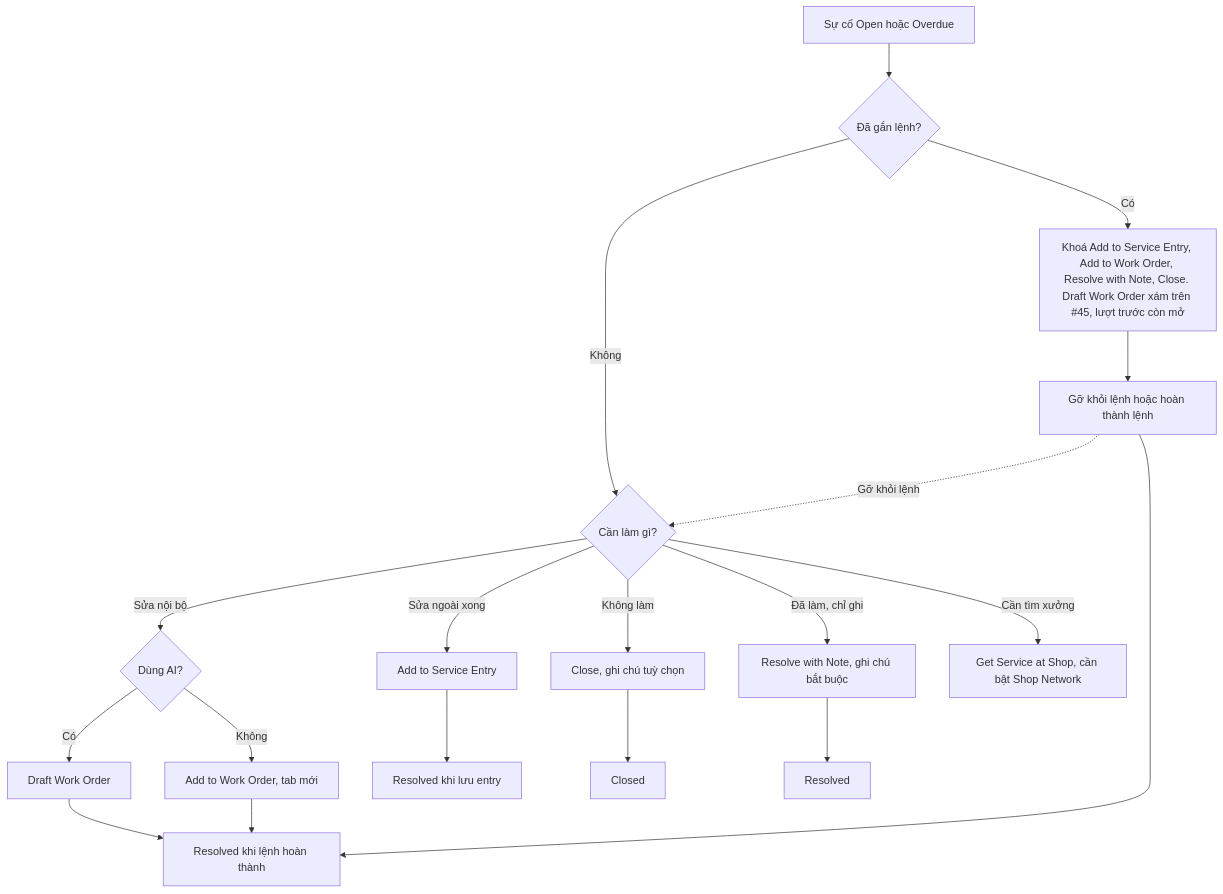
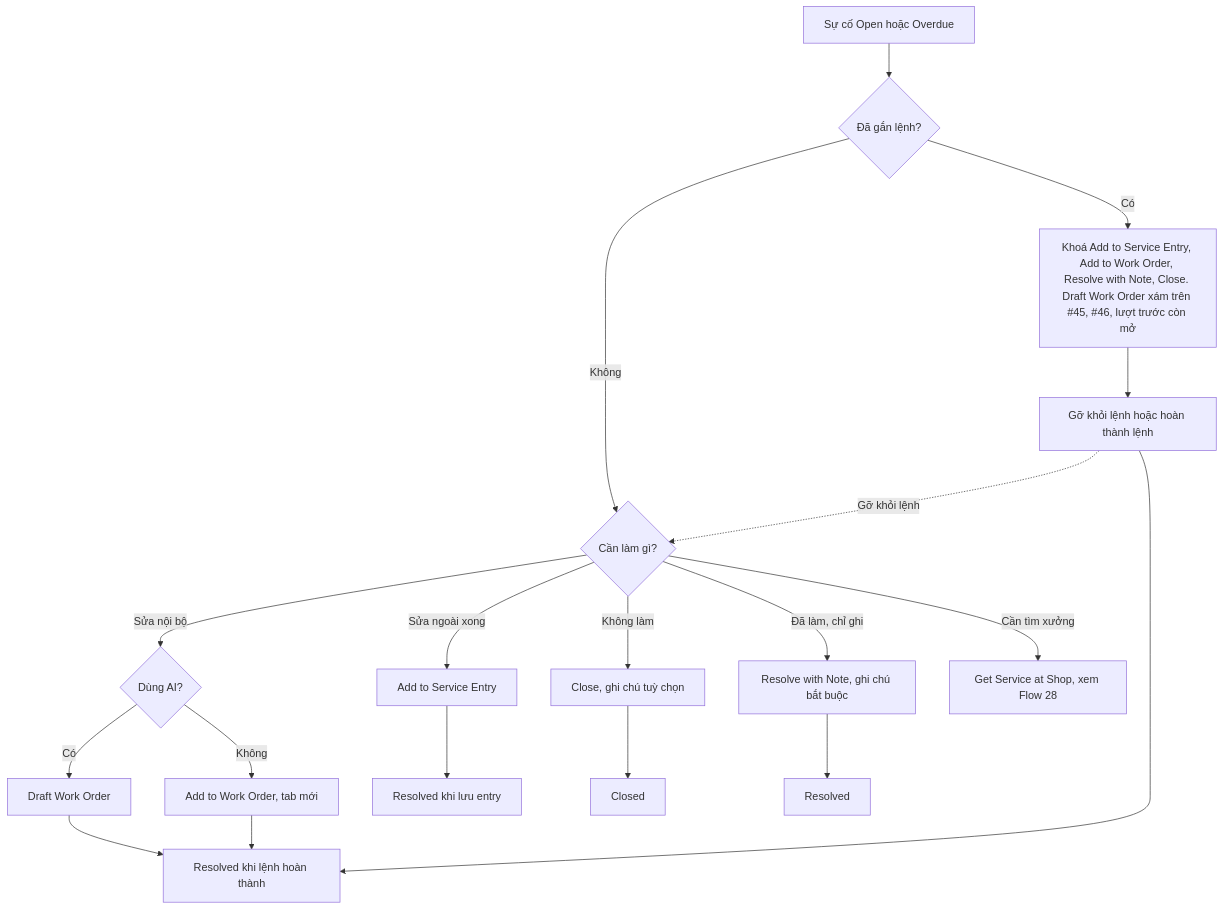
One commit to szitphan/invlogis changed the fourth of 28 diagrams in docs/_research/fleetio/srs/fleetio-repair-flows.md. Above: the diagram before and after it, drawn with Mermaid. The commit also changed other lines of this file and 61 other files, not shown here.

First line of the commit message:
research: Fleetio lượt 5, Forecast, trạng thái lệnh, mẫu bảo hành, Motor Pool, Shop Network

````diff
--- a/docs/_research/fleetio/srs/fleetio-repair-flows.md
+++ b/docs/_research/fleetio/srs/fleetio-repair-flows.md
@@ -101,21 +101,21 @@
 ```mermaid
 flowchart TD
     A["Sự cố Open hoặc Overdue"] --> L{"Đã gắn lệnh?"}
-    L -->|"Có"| M["Khoá Add to Service Entry, Add to Work Order, Resolve with Note, Close. Draft Work Order xám trên #45, lượt trước còn mở"]
+    L -->|"Có"| M["Khoá Add to Service Entry, Add to Work Order, Resolve with Note, Close. Draft Work Order xám trên #45, #46, lượt trước còn mở"]
     M --> N["Gỡ khỏi lệnh hoặc hoàn thành lệnh"]
     N -.->|"Gỡ khỏi lệnh"| B
     N --> K["Resolved khi lệnh hoàn thành"]
     L -->|"Không"| B{"Cần làm gì?"}
     B -->|"Không làm"| C["Close, ghi chú tuỳ chọn"]
     B -->|"Đã làm, chỉ ghi"| D["Resolve with Note, ghi chú bắt buộc"]
     B -->|"Sửa ngoài xong"| E["Add to Service Entry"]
     B -->|"Sửa nội bộ"| F{"Dùng AI?"}
     F -->|"Có"| H["Draft Work Order"]
     F -->|"Không"| G["Add to Work Order, tab mới"]
-    B -->|"Cần tìm xưởng"| I["Get Service at Shop, cần bật Shop Network"]
+    B -->|"Cần tìm xưởng"| I["Get Service at Shop, xem Flow 28"]
     E --> J["Resolved khi lưu entry"]
     G --> K
     H --> K
     C --> O["Closed"]
     D --> P["Resolved"]
 ```
````
